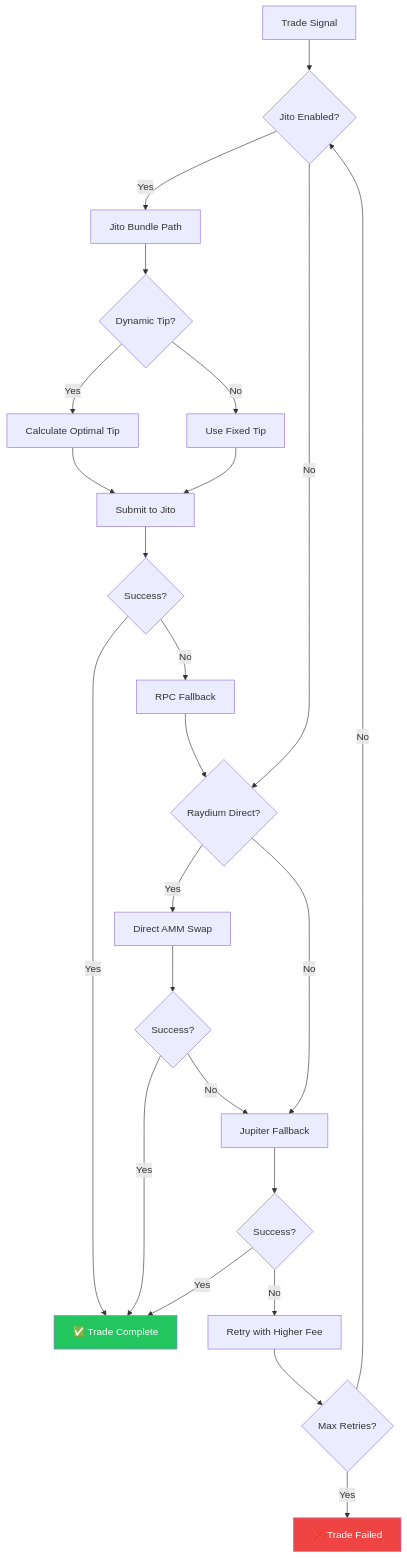
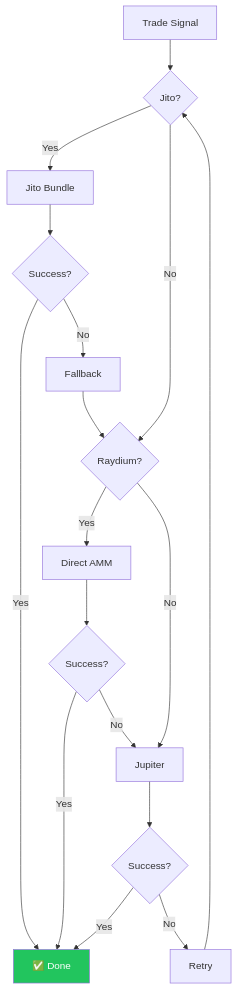
The eighth of 15 diagrams in README.md (blablablasealsaresoft/pumpfun-intelligence), drawn with Mermaid before and after one commit. The commit also changed other lines of this file, not shown here.

````diff
--- a/README.md
+++ b/README.md
@@ -344,33 +310,24 @@
 ```mermaid
 flowchart TD
-    START[Trade Signal] --> A{Jito Enabled?}
+    A[Trade Signal] --> B{Jito?}
     
-    A -->|Yes| B[Jito Bundle Path]
-    B --> C{Dynamic Tip?}
-    C -->|Yes| D[Calculate Optimal Tip]
-    C -->|No| E[Use Fixed Tip]
-    D --> F[Submit to Jito]
+    B -->|Yes| C[Jito Bundle]
+    C --> D{Success?}
+    D -->|Yes| OK[✅ Done]
+    D -->|No| E[Fallback]
+    
+    B -->|No| F{Raydium?}
+    F -->|Yes| G[Direct AMM]
+    G --> H{Success?}
+    H -->|Yes| OK
+    H -->|No| I[Jupiter]
+    
+    F -->|No| I
     E --> F
-    F --> G{Success?}
-    G -->|Yes| SUCCESS[✅ Trade Complete]
-    G -->|No| H[RPC Fallback]
-    
-    A -->|No| I{Raydium Direct?}
-    I -->|Yes| J[Direct AMM Swap]
-    J --> K{Success?}
-    K -->|Yes| SUCCESS
-    K -->|No| L[Jupiter Fallback]
-    
-    I -->|No| L
-    L --> M{Success?}
-    M -->|Yes| SUCCESS
-    M -->|No| N[Retry with Higher Fee]
-    N --> O{Max Retries?}
-    O -->|No| A
-    O -->|Yes| FAIL[❌ Trade Failed]
+    I --> J{Success?}
+    J -->|Yes| OK
+    J -->|No| K[Retry]
+    K --> B
 
-    H --> I
-
-    style SUCCESS fill:#22c55e,color:#fff
-    style FAIL fill:#ef4444,color:#fff
+    style OK fill:#22c55e,color:#fff
 ```
````
